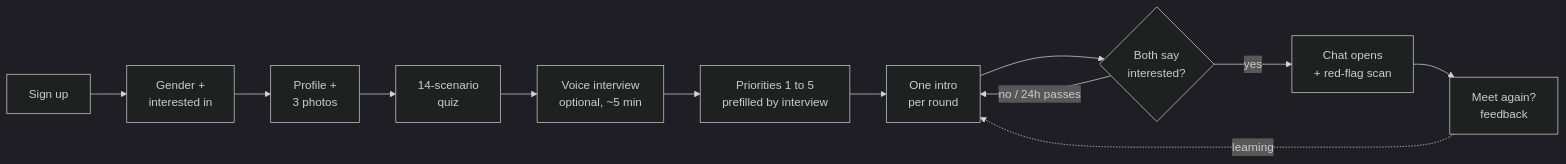
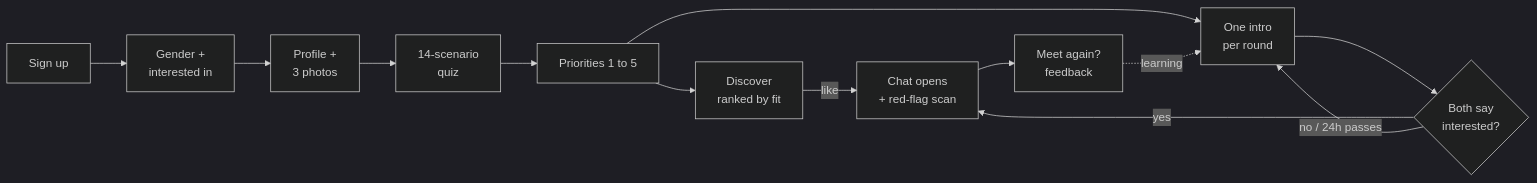
One commit to patilrajvardhan27/Manter changed the second of 5 diagrams in README.md. Above: the diagram before and after it, drawn with Mermaid (dark theme). The commit also changed other lines of this file and 36 other files, not shown here.

````diff
--- a/README.md
+++ b/README.md
@@ -52,14 +50,15 @@
 ```mermaid
 flowchart LR
     A[Sign up] --> B[Gender +<br/>interested in]
     B --> C[Profile +<br/>3 photos]
     C --> D[14-scenario<br/>quiz]
-    D --> E[Voice interview<br/>optional, ~5 min]
-    E --> F[Priorities 1 to 5<br/>prefilled by interview]
+    D --> F[Priorities 1 to 5]
+    F --> K[Discover<br/>ranked by fit]
+    K -->|like| I
     F --> G[One intro<br/>per round]
     G --> H{Both say<br/>interested?}
     H -->|yes| I[Chat opens<br/>+ red-flag scan]
     H -->|no / 24h passes| G
     I --> J[Meet again?<br/>feedback]
     J -.->|learning| G
 ```
````
